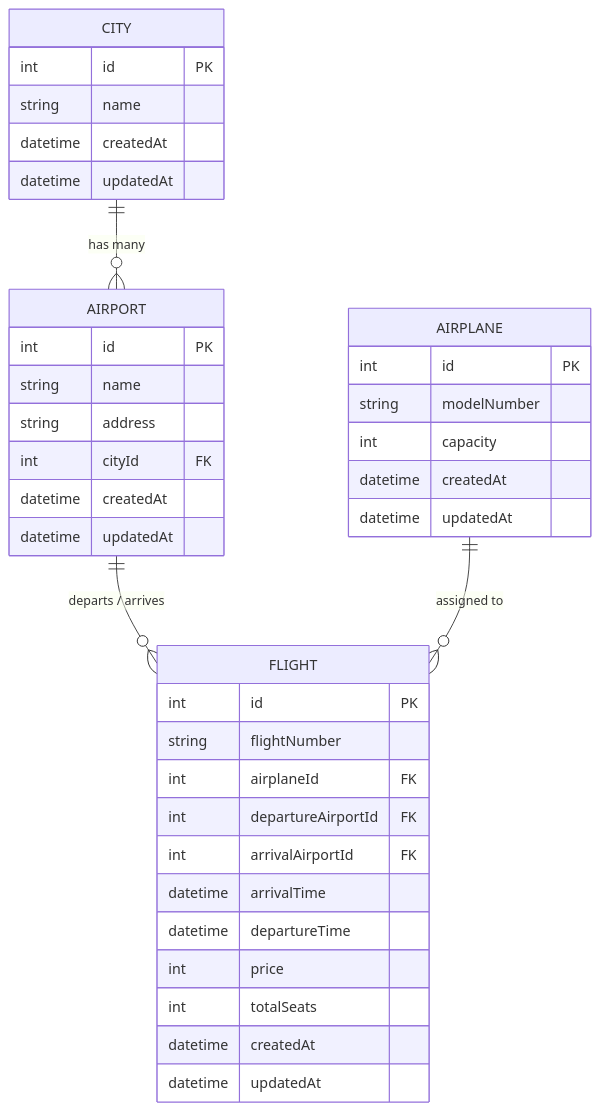
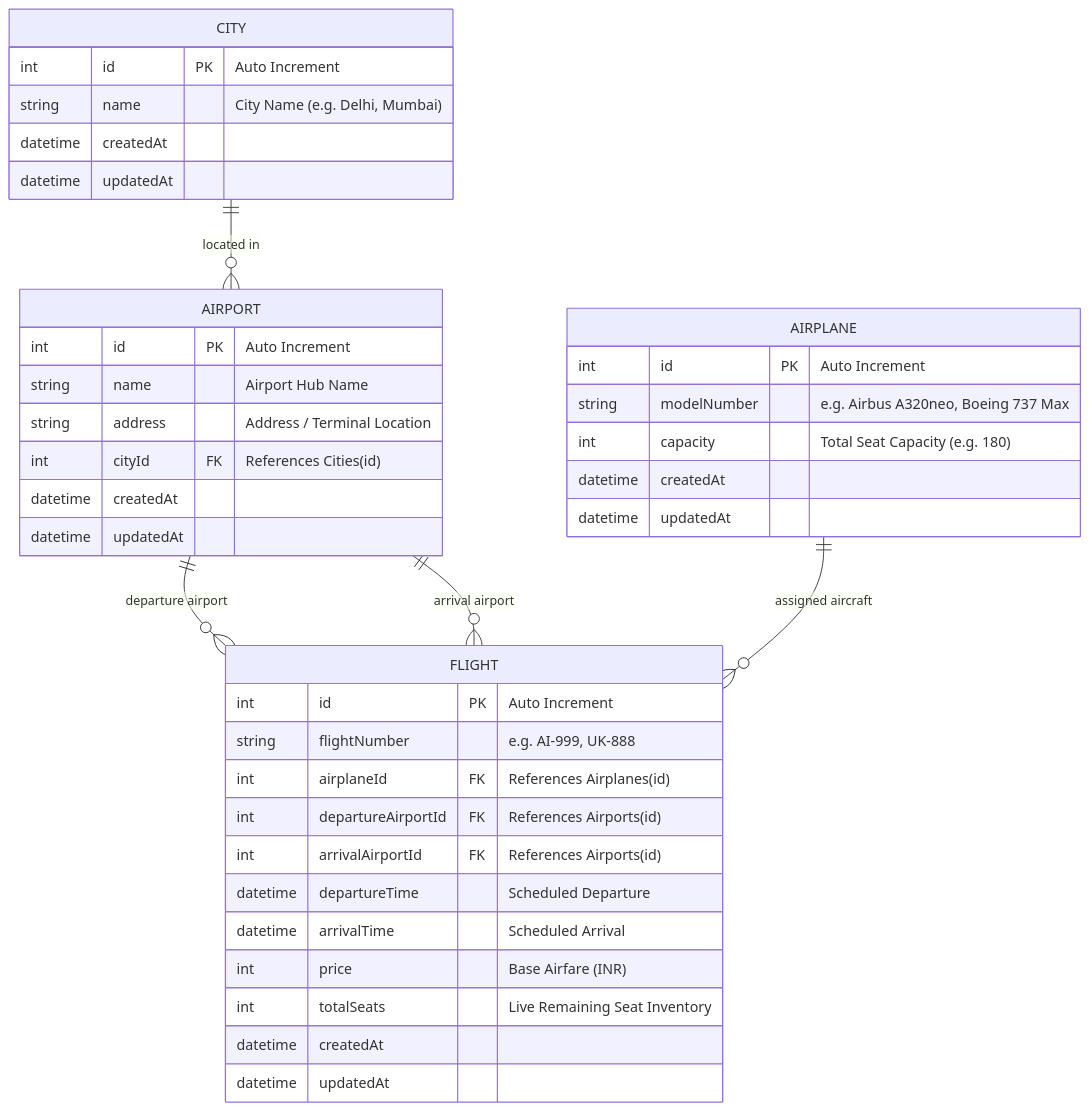
The second of 2 diagrams in README.md (kushGupta-15/Airline-Search-Service-), drawn with Mermaid before and after one commit. The commit also changed other lines of this file, not shown here.

Commit message:
Update documentation: add comprehensive README and mermaid architecture

````diff
--- a/README.md
+++ b/README.md
@@ -20,44 +90,45 @@
 ```mermaid
 erDiagram
-    CITY ||--o{ AIRPORT : "has many"
-    AIRPORT ||--o{ FLIGHT : "departs / arrives"
-    AIRPLANE ||--o{ FLIGHT : "assigned to"
+    CITY ||--o{ AIRPORT : "located in"
+    AIRPORT ||--o{ FLIGHT : "departure airport"
+    AIRPORT ||--o{ FLIGHT : "arrival airport"
+    AIRPLANE ||--o{ FLIGHT : "assigned aircraft"
 
     CITY {
-        int id PK
-        string name
+        int id PK "Auto Increment"
+        string name "City Name (e.g. Delhi, Mumbai)"
         datetime createdAt
         datetime updatedAt
     }
 
     AIRPORT {
-        int id PK
-        string name
-        string address
-        int cityId FK
+        int id PK "Auto Increment"
+        string name "Airport Hub Name"
+        string address "Address / Terminal Location"
+        int cityId FK "References Cities(id)"
         datetime createdAt
         datetime updatedAt
     }
 
     AIRPLANE {
-        int id PK
-        string modelNumber
-        int capacity
+        int id PK "Auto Increment"
+        string modelNumber "e.g. Airbus A320neo, Boeing 737 Max"
+        int capacity "Total Seat Capacity (e.g. 180)"
         datetime createdAt
         datetime updatedAt
     }
 
     FLIGHT {
-        int id PK
-        string flightNumber
-        int airplaneId FK
-        int departureAirportId FK
-        int arrivalAirportId FK
-        datetime arrivalTime
-        datetime departureTime
-        int price
-        int totalSeats
+        int id PK "Auto Increment"
+        string flightNumber "e.g. AI-999, UK-888"
+        int airplaneId FK "References Airplanes(id)"
+        int departureAirportId FK "References Airports(id)"
+        int arrivalAirportId FK "References Airports(id)"
+        datetime departureTime "Scheduled Departure"
+        datetime arrivalTime "Scheduled Arrival"
+        int price "Base Airfare (INR)"
+        int totalSeats "Live Remaining Seat Inventory"
         datetime createdAt
         datetime updatedAt
     }
 ```
````
